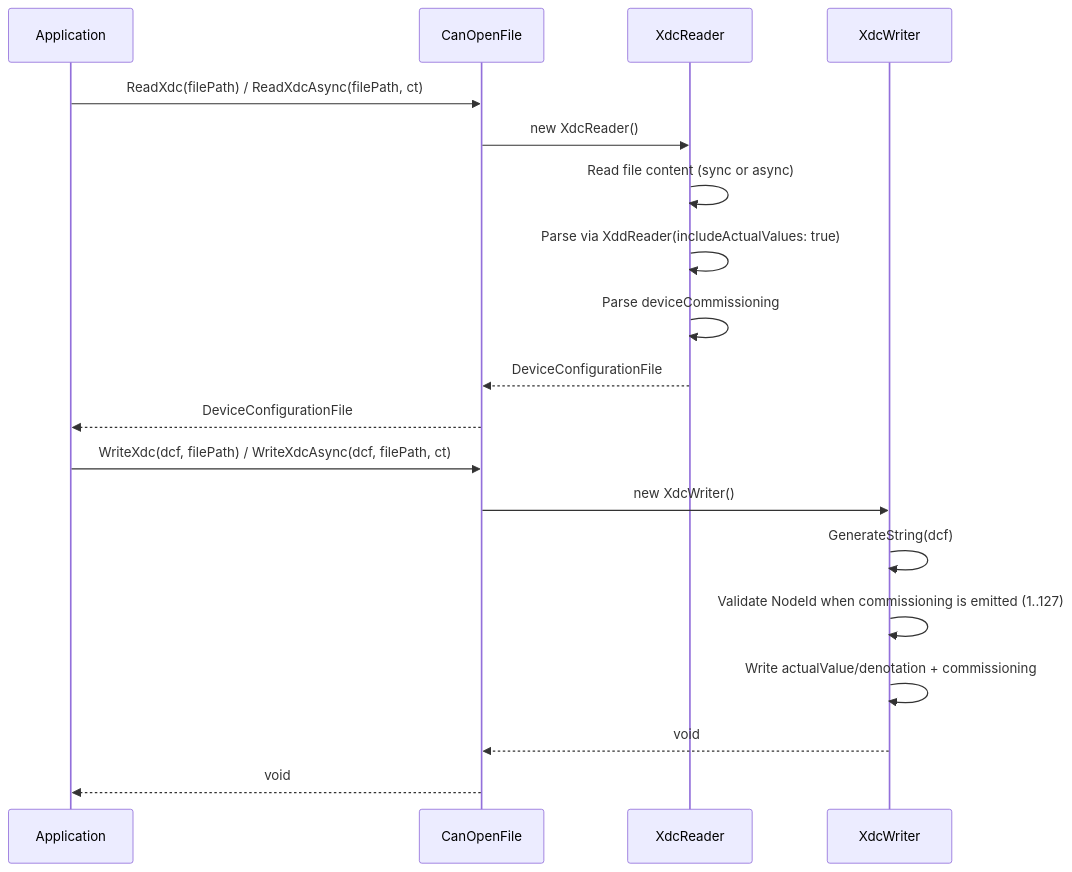
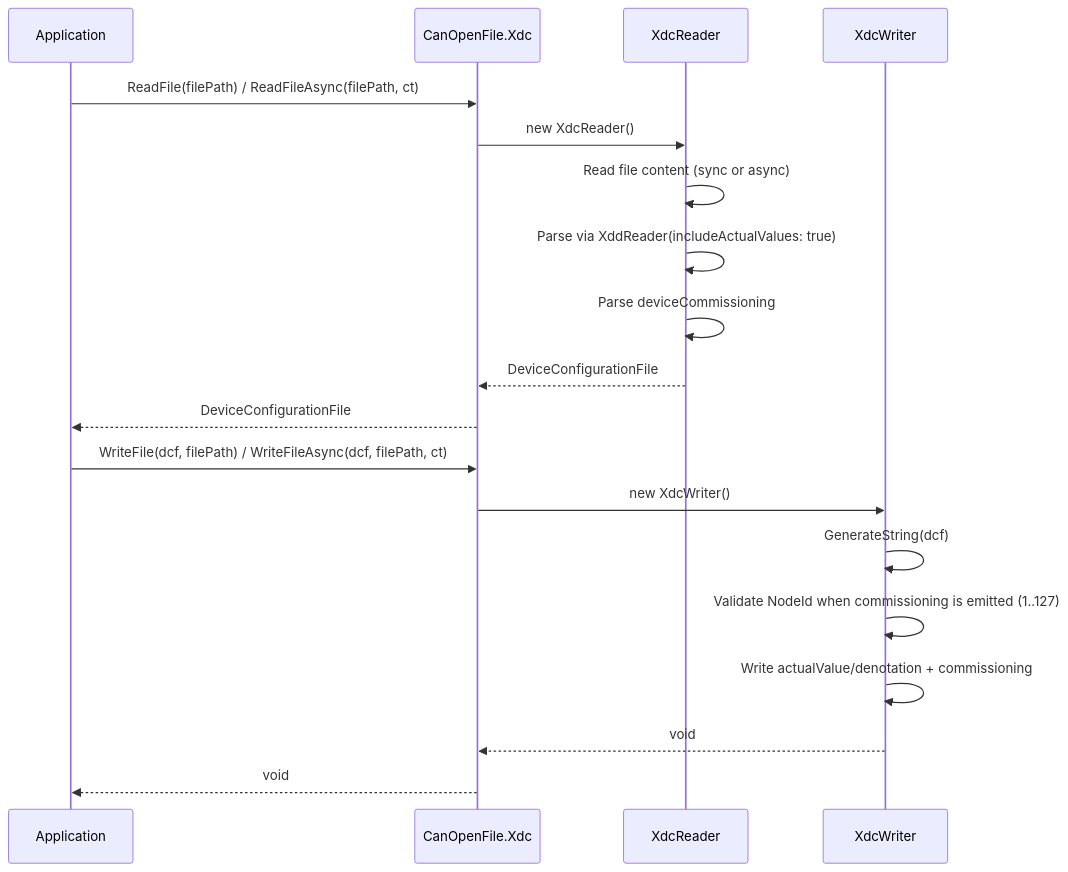
Before and after one commit to dborgards/eds-dcf-net: the eighth of 9 diagrams in docs/architecture/06-runtime-view.md, drawn with Mermaid. The commit also changed other lines of this file and 7 other files, not shown here.

First line of the commit message:
docs: align architecture docs, remarks, examples, README with 1.13 surface (#547)

````diff
--- a/docs/architecture/06-runtime-view.md
+++ b/docs/architecture/06-runtime-view.md
@@ -150,23 +188,23 @@
 ```mermaid
 sequenceDiagram
     participant App as Application
-    participant CF as CanOpenFile
+    participant CF as CanOpenFile.Xdc
     participant XR as XdcReader
     participant XW as XdcWriter
 
-    App->>CF: ReadXdc(filePath) / ReadXdcAsync(filePath, ct)
+    App->>CF: ReadFile(filePath) / ReadFileAsync(filePath, ct)
     CF->>XR: new XdcReader()
     XR->>XR: Read file content (sync or async)
     XR->>XR: Parse via XddReader(includeActualValues: true)
     XR->>XR: Parse deviceCommissioning
     XR-->>CF: DeviceConfigurationFile
     CF-->>App: DeviceConfigurationFile
 
-    App->>CF: WriteXdc(dcf, filePath) / WriteXdcAsync(dcf, filePath, ct)
+    App->>CF: WriteFile(dcf, filePath) / WriteFileAsync(dcf, filePath, ct)
     CF->>XW: new XdcWriter()
     XW->>XW: GenerateString(dcf)
     XW->>XW: Validate NodeId when commissioning is emitted (1..127)
     XW->>XW: Write actualValue/denotation + commissioning
     XW-->>CF: void
     CF-->>App: void
 ```
````
